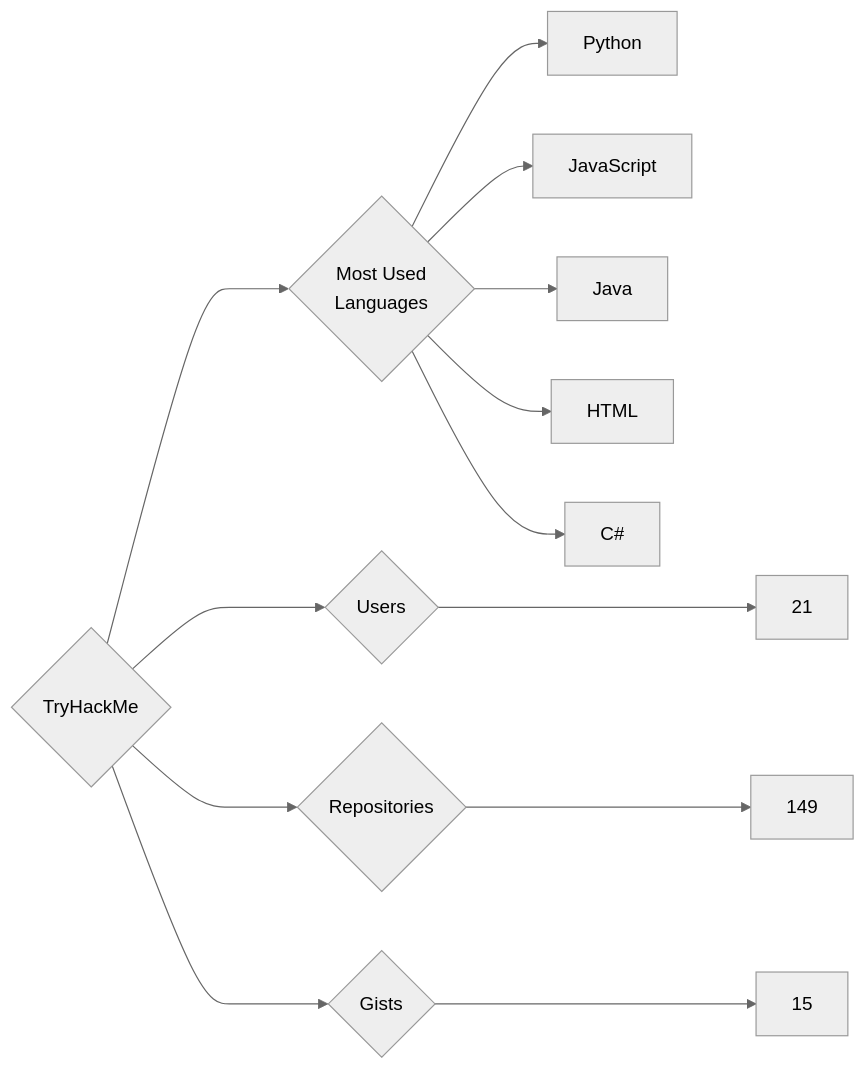
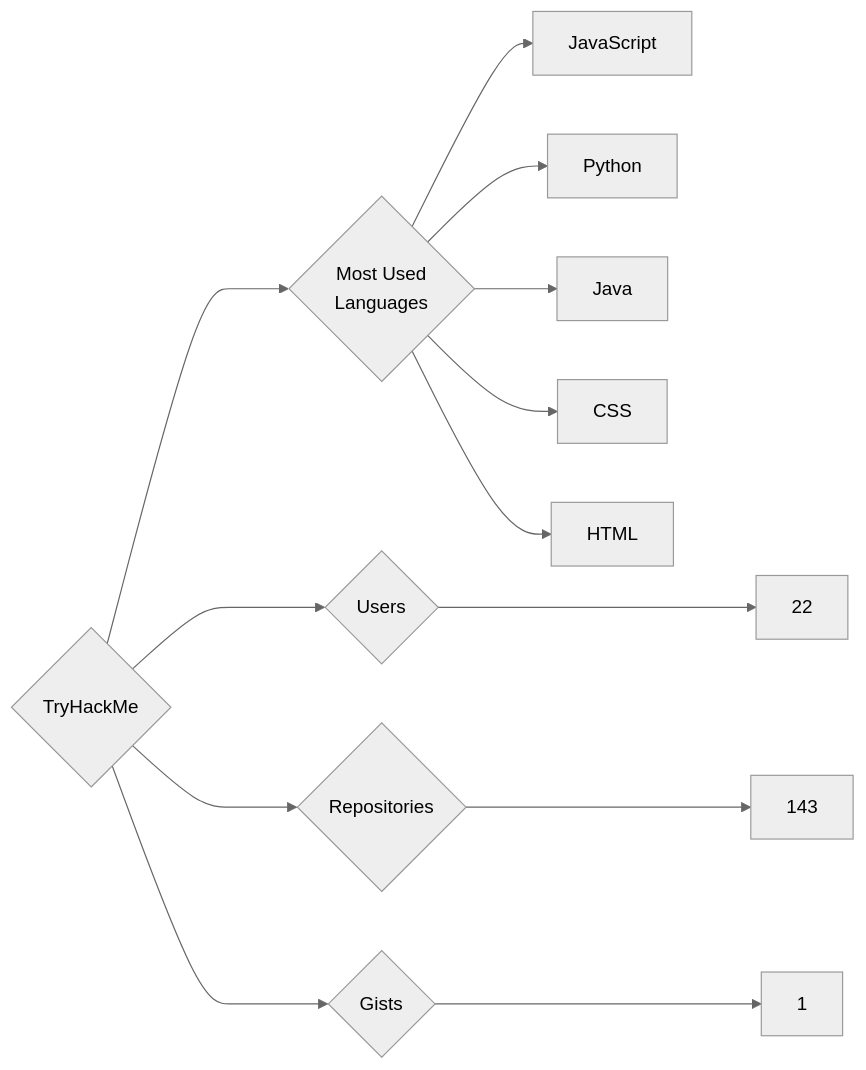
The diagram in targets/TryHackMe/README.md (trickest/insiders), drawn with Mermaid (neutral theme) before and after one commit. The commit also changed 860 other files, not shown here.

````diff
--- a/targets/TryHackMe/README.md
+++ b/targets/TryHackMe/README.md
@@ -3,13 +3,13 @@
 ```mermaid
 graph LR
 COMPANY_NAME{TryHackMe}
-COMPANY_NAME ---> U{Users} ---> UN[21]
-COMPANY_NAME ---> R{Repositories} ---> RN[149]
-COMPANY_NAME ---> G{Gists} ---> GN[15]
+COMPANY_NAME ---> U{Users} ---> UN[22]
+COMPANY_NAME ---> R{Repositories} ---> RN[143]
+COMPANY_NAME ---> G{Gists} ---> GN[1]
 COMPANY_NAME ---> ML{Most Used<br>Languages}
+ML --> JavaScript[JavaScript]
 ML --> Python[Python]
-ML --> JavaScript[JavaScript]
 ML --> Java[Java]
+ML --> CSS[CSS]
 ML --> HTML[HTML]
-ML --> C#[C#]
 ```
````
